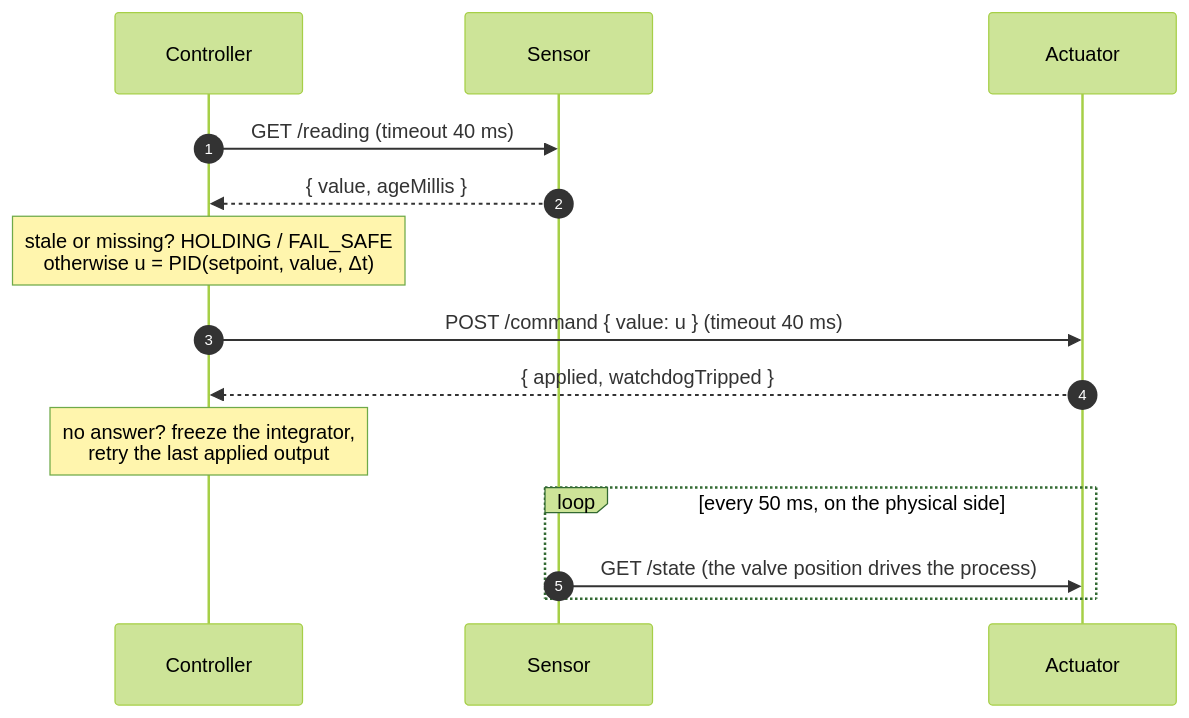
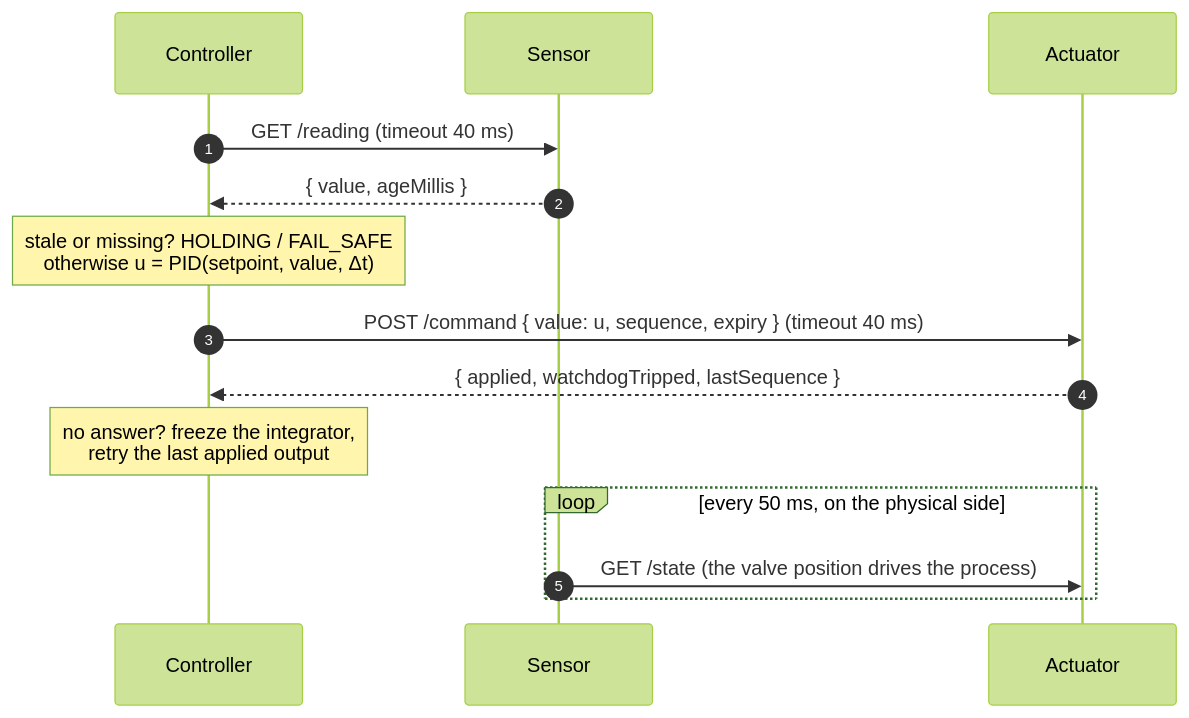
One commit to ioanlucut/remo changed the second of 3 diagrams in README.md. Above: the diagram before and after it, drawn with Mermaid (forest theme). The commit also changed other lines of this file and 13 other files, not shown here.

````diff
--- a/README.md
+++ b/README.md
@@ -107,16 +107,16 @@
 ```mermaid
 sequenceDiagram
     autonumber
     participant C as Controller
     participant S as Sensor
     participant A as Actuator
     C->>S: GET /reading (timeout 40 ms)
     S-->>C: { value, ageMillis }
     Note over C: stale or missing? HOLDING / FAIL_SAFE<br/>otherwise u = PID(setpoint, value, Δt)
-    C->>A: POST /command { value: u } (timeout 40 ms)
-    A-->>C: { applied, watchdogTripped }
+    C->>A: POST /command { value: u, sequence, expiry } (timeout 40 ms)
+    A-->>C: { applied, watchdogTripped, lastSequence }
     Note over C: no answer? freeze the integrator,<br/>retry the last applied output
     loop every 50 ms, on the physical side
         S->>A: GET /state (the valve position drives the process)
     end
 ```
````
